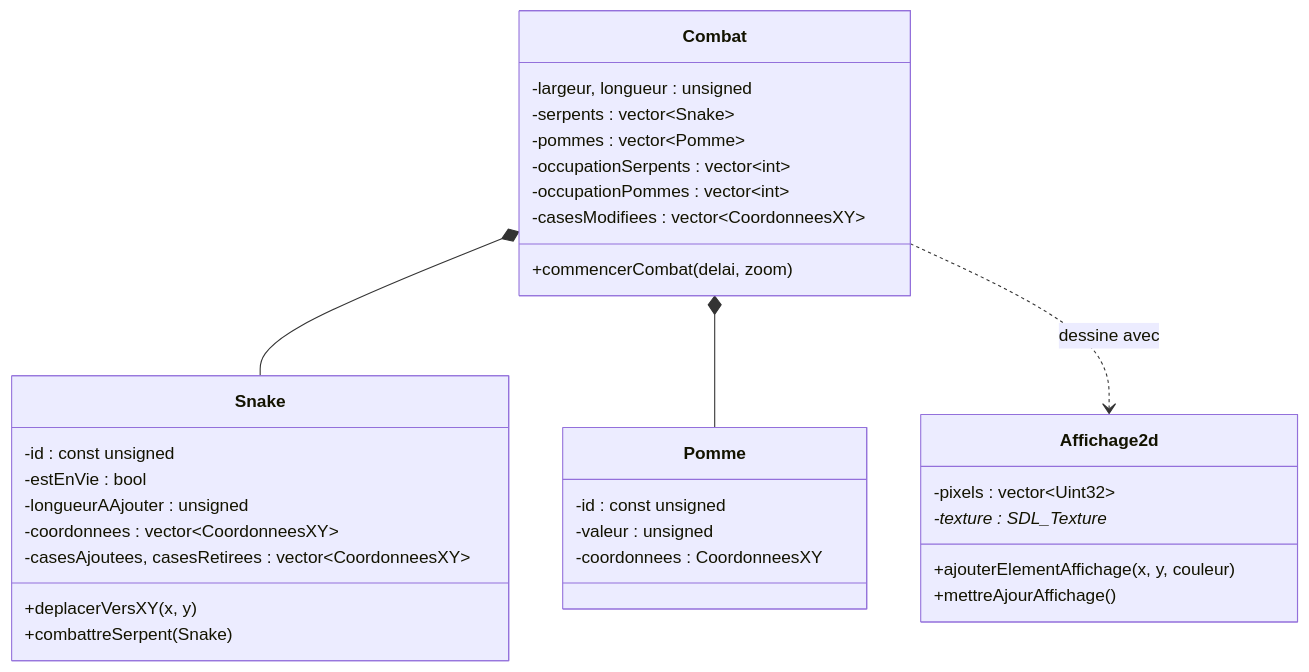
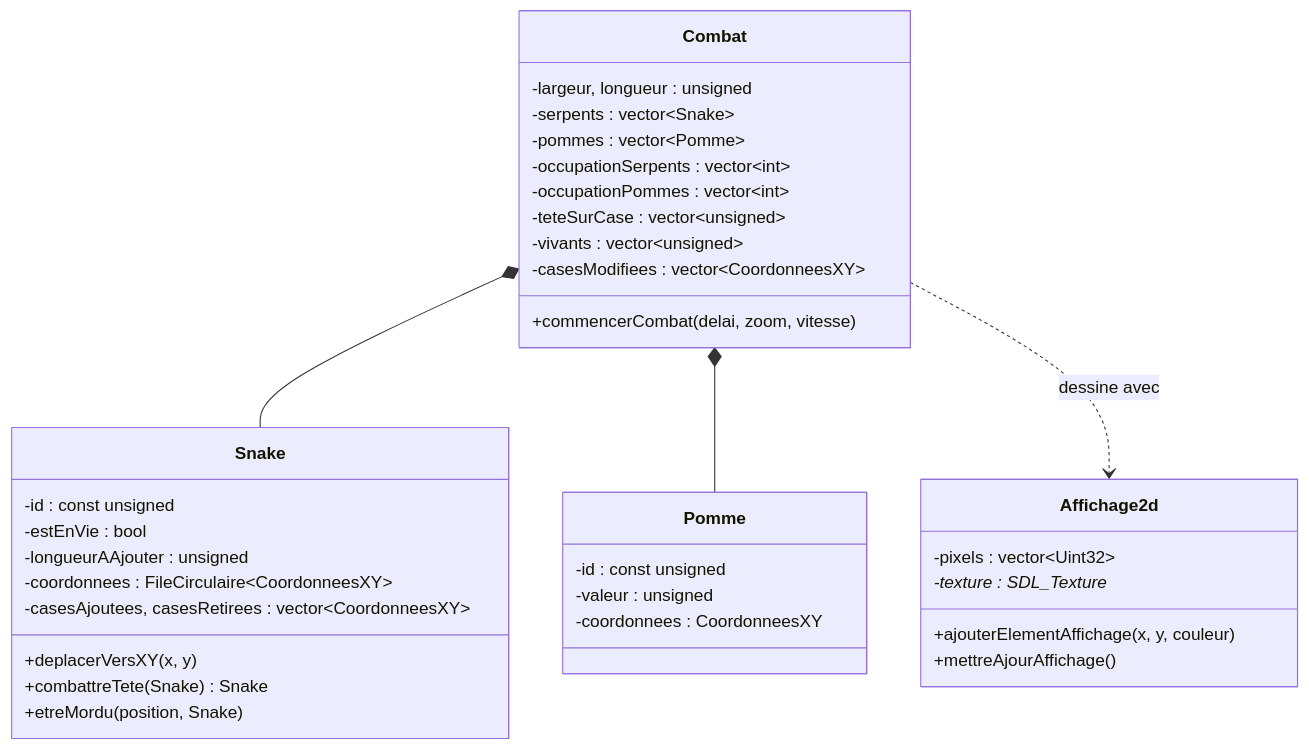
One commit to Balkghar/08_Snake changed the diagram in README.md. Above: the diagram before and after it, drawn with Mermaid. The commit also changed other lines of this file and 10 other files, not shown here.

````diff
--- a/README.md
+++ b/README.md
@@ -93,36 +97,39 @@
 ```mermaid
 classDiagram
     Combat *-- Snake
     Combat *-- Pomme
     Combat ..> Affichage2d : dessine avec
 
     class Combat{
         -largeur, longueur : unsigned
         -serpents : vector~Snake~
         -pommes : vector~Pomme~
         -occupationSerpents : vector~int~
         -occupationPommes : vector~int~
+        -teteSurCase : vector~unsigned~
+        -vivants : vector~unsigned~
         -casesModifiees : vector~CoordonneesXY~
-        +commencerCombat(delai, zoom)
+        +commencerCombat(delai, zoom, vitesse)
     }
     class Snake{
         -id : const unsigned
         -estEnVie : bool
         -longueurAAjouter : unsigned
-        -coordonnees : vector~CoordonneesXY~
+        -coordonnees : FileCirculaire~CoordonneesXY~
         -casesAjoutees, casesRetirees : vector~CoordonneesXY~
         +deplacerVersXY(x, y)
-        +combattreSerpent(Snake)
+        +combattreTete(Snake) Snake
+        +etreMordu(position, Snake)
     }
     class Pomme{
         -id : const unsigned
         -valeur : unsigned
         -coordonnees : CoordonneesXY
     }
     class Affichage2d{
         -pixels : vector~Uint32~
         -texture : SDL_Texture*
         +ajouterElementAffichage(x, y, couleur)
         +mettreAjourAffichage()
     }
 ```
````
